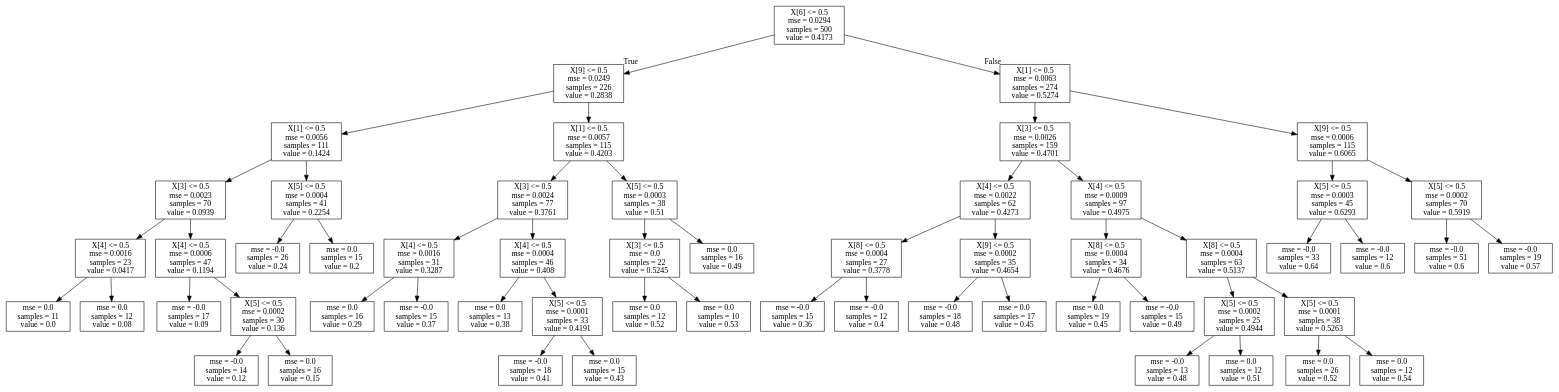
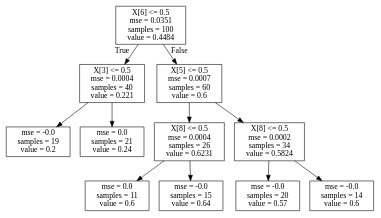
Before and after one commit to ai-se/SPL: the diagram in surrogate_data/simple_3.dot, drawn with Graphviz. The commit also changed 31 other files, not shown here.

```diff
--- a/surrogate_data/simple_3.dot
+++ b/surrogate_data/simple_3.dot
@@ -1,116 +1,24 @@
 digraph Tree {
 node [shape=box] ;
-0 [label="X[6] <= 0.5\nmse = 0.0294\nsamples = 500\nvalue = 0.4173"] ;
-1 [label="X[9] <= 0.5\nmse = 0.0249\nsamples = 226\nvalue = 0.2838"] ;
+0 [label="X[6] <= 0.5\nmse = 0.0351\nsamples = 100\nvalue = 0.4484"] ;
+1 [label="X[3] <= 0.5\nmse = 0.0004\nsamples = 40\nvalue = 0.221"] ;
 0 -> 1 [labeldistance=2.5, labelangle=45, headlabel="True"] ;
-2 [label="X[1] <= 0.5\nmse = 0.0056\nsamples = 111\nvalue = 0.1424"] ;
+2 [label="mse = -0.0\nsamples = 19\nvalue = 0.2"] ;
 1 -> 2 ;
-3 [label="X[3] <= 0.5\nmse = 0.0023\nsamples = 70\nvalue = 0.0939"] ;
-2 -> 3 ;
-4 [label="X[4] <= 0.5\nmse = 0.0016\nsamples = 23\nvalue = 0.0417"] ;
-3 -> 4 ;
-5 [label="mse = 0.0\nsamples = 11\nvalue = 0.0"] ;
+3 [label="mse = 0.0\nsamples = 21\nvalue = 0.24"] ;
+1 -> 3 ;
+4 [label="X[5] <= 0.5\nmse = 0.0007\nsamples = 60\nvalue = 0.6"] ;
+0 -> 4 [labeldistance=2.5, labelangle=-45, headlabel="False"] ;
+5 [label="X[8] <= 0.5\nmse = 0.0004\nsamples = 26\nvalue = 0.6231"] ;
 4 -> 5 ;
-6 [label="mse = 0.0\nsamples = 12\nvalue = 0.08"] ;
-4 -> 6 ;
-7 [label="X[4] <= 0.5\nmse = 0.0006\nsamples = 47\nvalue = 0.1194"] ;
-3 -> 7 ;
-8 [label="mse = -0.0\nsamples = 17\nvalue = 0.09"] ;
-7 -> 8 ;
-9 [label="X[5] <= 0.5\nmse = 0.0002\nsamples = 30\nvalue = 0.136"] ;
-7 -> 9 ;
-10 [label="mse = -0.0\nsamples = 14\nvalue = 0.12"] ;
-9 -> 10 ;
-11 [label="mse = 0.0\nsamples = 16\nvalue = 0.15"] ;
-9 -> 11 ;
-12 [label="X[5] <= 0.5\nmse = 0.0004\nsamples = 41\nvalue = 0.2254"] ;
-2 -> 12 ;
-13 [label="mse = -0.0\nsamples = 26\nvalue = 0.24"] ;
-12 -> 13 ;
-14 [label="mse = 0.0\nsamples = 15\nvalue = 0.2"] ;
-12 -> 14 ;
-15 [label="X[1] <= 0.5\nmse = 0.0057\nsamples = 115\nvalue = 0.4203"] ;
-1 -> 15 ;
-16 [label="X[3] <= 0.5\nmse = 0.0024\nsamples = 77\nvalue = 0.3761"] ;
-15 -> 16 ;
-17 [label="X[4] <= 0.5\nmse = 0.0016\nsamples = 31\nvalue = 0.3287"] ;
-16 -> 17 ;
-18 [label="mse = 0.0\nsamples = 16\nvalue = 0.29"] ;
-17 -> 18 ;
-19 [label="mse = -0.0\nsamples = 15\nvalue = 0.37"] ;
-17 -> 19 ;
-20 [label="X[4] <= 0.5\nmse = 0.0004\nsamples = 46\nvalue = 0.408"] ;
-16 -> 20 ;
-21 [label="mse = 0.0\nsamples = 13\nvalue = 0.38"] ;
-20 -> 21 ;
-22 [label="X[5] <= 0.5\nmse = 0.0001\nsamples = 33\nvalue = 0.4191"] ;
-20 -> 22 ;
-23 [label="mse = -0.0\nsamples = 18\nvalue = 0.41"] ;
-22 -> 23 ;
-24 [label="mse = 0.0\nsamples = 15\nvalue = 0.43"] ;
-22 -> 24 ;
-25 [label="X[5] <= 0.5\nmse = 0.0003\nsamples = 38\nvalue = 0.51"] ;
-15 -> 25 ;
-26 [label="X[3] <= 0.5\nmse = 0.0\nsamples = 22\nvalue = 0.5245"] ;
-25 -> 26 ;
-27 [label="mse = 0.0\nsamples = 12\nvalue = 0.52"] ;
-26 -> 27 ;
-28 [label="mse = 0.0\nsamples = 10\nvalue = 0.53"] ;
-26 -> 28 ;
-29 [label="mse = 0.0\nsamples = 16\nvalue = 0.49"] ;
-25 -> 29 ;
-30 [label="X[1] <= 0.5\nmse = 0.0063\nsamples = 274\nvalue = 0.5274"] ;
-0 -> 30 [labeldistance=2.5, labelangle=-45, headlabel="False"] ;
-31 [label="X[3] <= 0.5\nmse = 0.0026\nsamples = 159\nvalue = 0.4701"] ;
-30 -> 31 ;
-32 [label="X[4] <= 0.5\nmse = 0.0022\nsamples = 62\nvalue = 0.4273"] ;
-31 -> 32 ;
-33 [label="X[8] <= 0.5\nmse = 0.0004\nsamples = 27\nvalue = 0.3778"] ;
-32 -> 33 ;
-34 [label="mse = -0.0\nsamples = 15\nvalue = 0.36"] ;
-33 -> 34 ;
-35 [label="mse = -0.0\nsamples = 12\nvalue = 0.4"] ;
-33 -> 35 ;
-36 [label="X[9] <= 0.5\nmse = 0.0002\nsamples = 35\nvalue = 0.4654"] ;
-32 -> 36 ;
-37 [label="mse = -0.0\nsamples = 18\nvalue = 0.48"] ;
-36 -> 37 ;
-38 [label="mse = 0.0\nsamples = 17\nvalue = 0.45"] ;
-36 -> 38 ;
-39 [label="X[4] <= 0.5\nmse = 0.0009\nsamples = 97\nvalue = 0.4975"] ;
-31 -> 39 ;
-40 [label="X[8] <= 0.5\nmse = 0.0004\nsamples = 34\nvalue = 0.4676"] ;
-39 -> 40 ;
-41 [label="mse = 0.0\nsamples = 19\nvalue = 0.45"] ;
-40 -> 41 ;
-42 [label="mse = -0.0\nsamples = 15\nvalue = 0.49"] ;
-40 -> 42 ;
-43 [label="X[8] <= 0.5\nmse = 0.0004\nsamples = 63\nvalue = 0.5137"] ;
-39 -> 43 ;
-44 [label="X[5] <= 0.5\nmse = 0.0002\nsamples = 25\nvalue = 0.4944"] ;
-43 -> 44 ;
-45 [label="mse = -0.0\nsamples = 13\nvalue = 0.48"] ;
-44 -> 45 ;
-46 [label="mse = 0.0\nsamples = 12\nvalue = 0.51"] ;
-44 -> 46 ;
-47 [label="X[5] <= 0.5\nmse = 0.0001\nsamples = 38\nvalue = 0.5263"] ;
-43 -> 47 ;
-48 [label="mse = 0.0\nsamples = 26\nvalue = 0.52"] ;
-47 -> 48 ;
-49 [label="mse = 0.0\nsamples = 12\nvalue = 0.54"] ;
-47 -> 49 ;
-50 [label="X[9] <= 0.5\nmse = 0.0006\nsamples = 115\nvalue = 0.6065"] ;
-30 -> 50 ;
-51 [label="X[5] <= 0.5\nmse = 0.0003\nsamples = 45\nvalue = 0.6293"] ;
-50 -> 51 ;
-52 [label="mse = -0.0\nsamples = 33\nvalue = 0.64"] ;
-51 -> 52 ;
-53 [label="mse = -0.0\nsamples = 12\nvalue = 0.6"] ;
-51 -> 53 ;
-54 [label="X[5] <= 0.5\nmse = 0.0002\nsamples = 70\nvalue = 0.5919"] ;
-50 -> 54 ;
-55 [label="mse = -0.0\nsamples = 51\nvalue = 0.6"] ;
-54 -> 55 ;
-56 [label="mse = -0.0\nsamples = 19\nvalue = 0.57"] ;
-54 -> 56 ;
+6 [label="mse = 0.0\nsamples = 11\nvalue = 0.6"] ;
+5 -> 6 ;
+7 [label="mse = -0.0\nsamples = 15\nvalue = 0.64"] ;
+5 -> 7 ;
+8 [label="X[8] <= 0.5\nmse = 0.0002\nsamples = 34\nvalue = 0.5824"] ;
+4 -> 8 ;
+9 [label="mse = -0.0\nsamples = 20\nvalue = 0.57"] ;
+8 -> 9 ;
+10 [label="mse = -0.0\nsamples = 14\nvalue = 0.6"] ;
+8 -> 10 ;
 }
```
